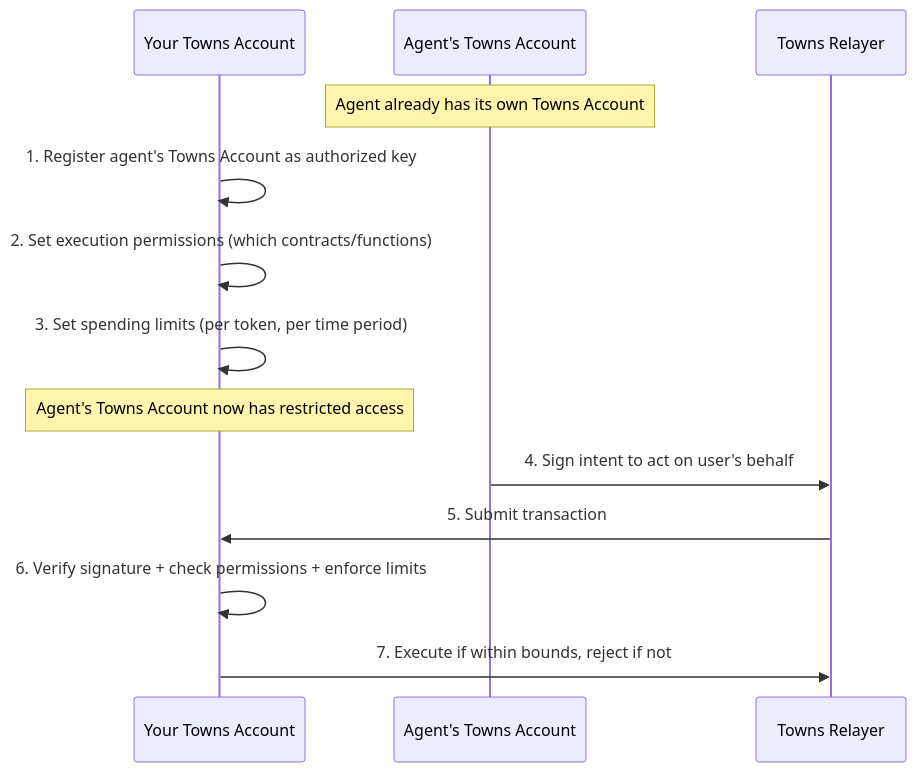
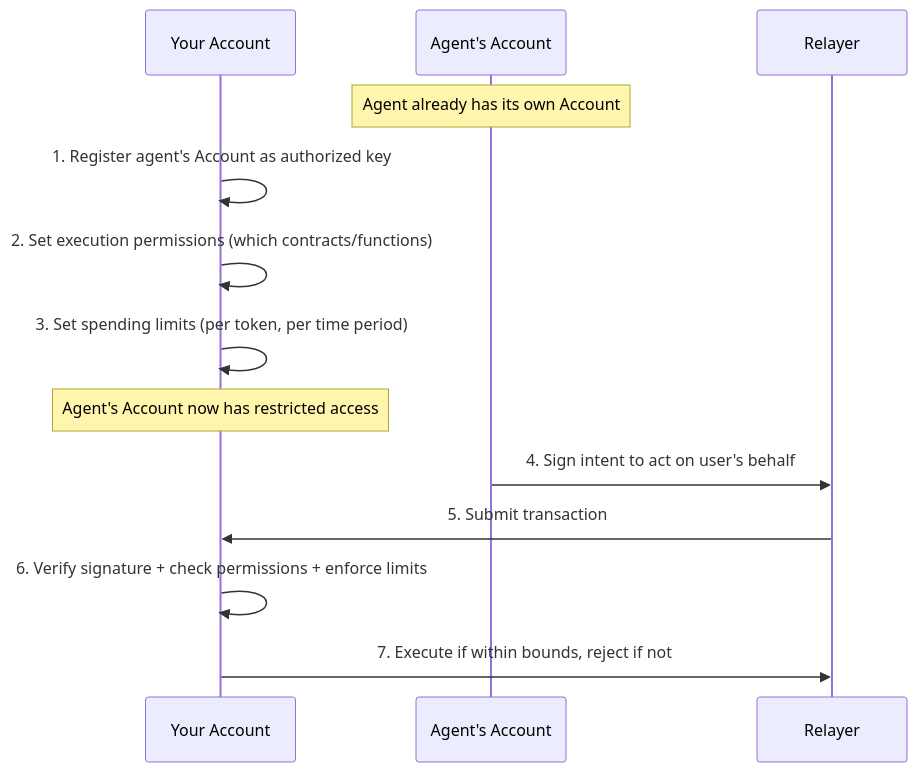
The first of 3 diagrams in packages/relayer/docs/INTRO.md (nublai/payments), drawn with Mermaid before and after one commit. The commit also changed other lines of this file and 163 other files, not shown here.

First line of the commit message:
Rename TownsAccount to Account and drop Towns branding.

````diff
--- a/packages/relayer/docs/INTRO.md
+++ b/packages/relayer/docs/INTRO.md
@@ -104,16 +104,16 @@
 ```mermaid
 sequenceDiagram
-    participant UserAccount as Your Towns Account
-    participant AgentAccount as Agent's Towns Account
-    participant TownsRelayer as Towns Relayer
+    participant UserAccount as Your Account
+    participant AgentAccount as Agent's Account
+    participant Relayer as Relayer
 
-    Note over AgentAccount: Agent already has its own Towns Account
-    UserAccount->>UserAccount: 1. Register agent's Towns Account as authorized key
+    Note over AgentAccount: Agent already has its own Account
+    UserAccount->>UserAccount: 1. Register agent's Account as authorized key
     UserAccount->>UserAccount: 2. Set execution permissions (which contracts/functions)
     UserAccount->>UserAccount: 3. Set spending limits (per token, per time period)
-    Note over UserAccount: Agent's Towns Account now has restricted access
-    AgentAccount->>TownsRelayer: 4. Sign intent to act on user's behalf
-    TownsRelayer->>UserAccount: 5. Submit transaction
+    Note over UserAccount: Agent's Account now has restricted access
+    AgentAccount->>Relayer: 4. Sign intent to act on user's behalf
+    Relayer->>UserAccount: 5. Submit transaction
     UserAccount->>UserAccount: 6. Verify signature + check permissions + enforce limits
-    UserAccount->>TownsRelayer: 7. Execute if within bounds, reject if not
+    UserAccount->>Relayer: 7. Execute if within bounds, reject if not
 ```
````
